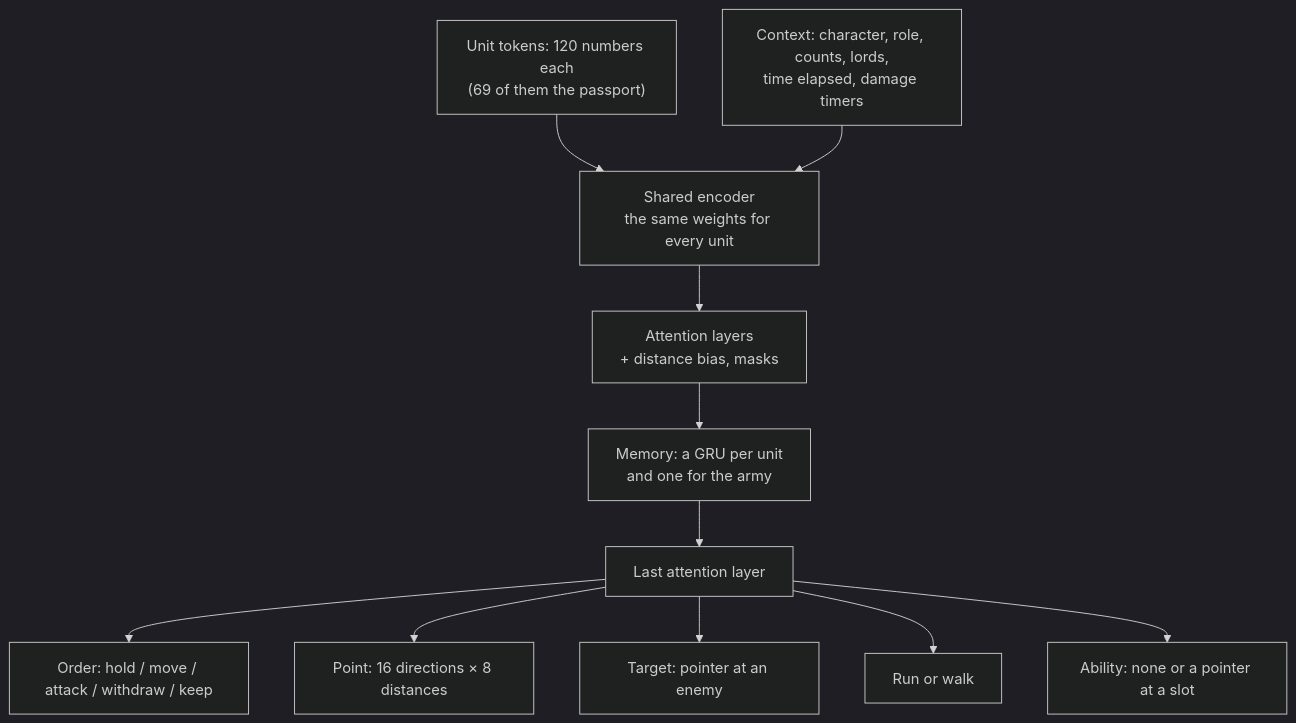
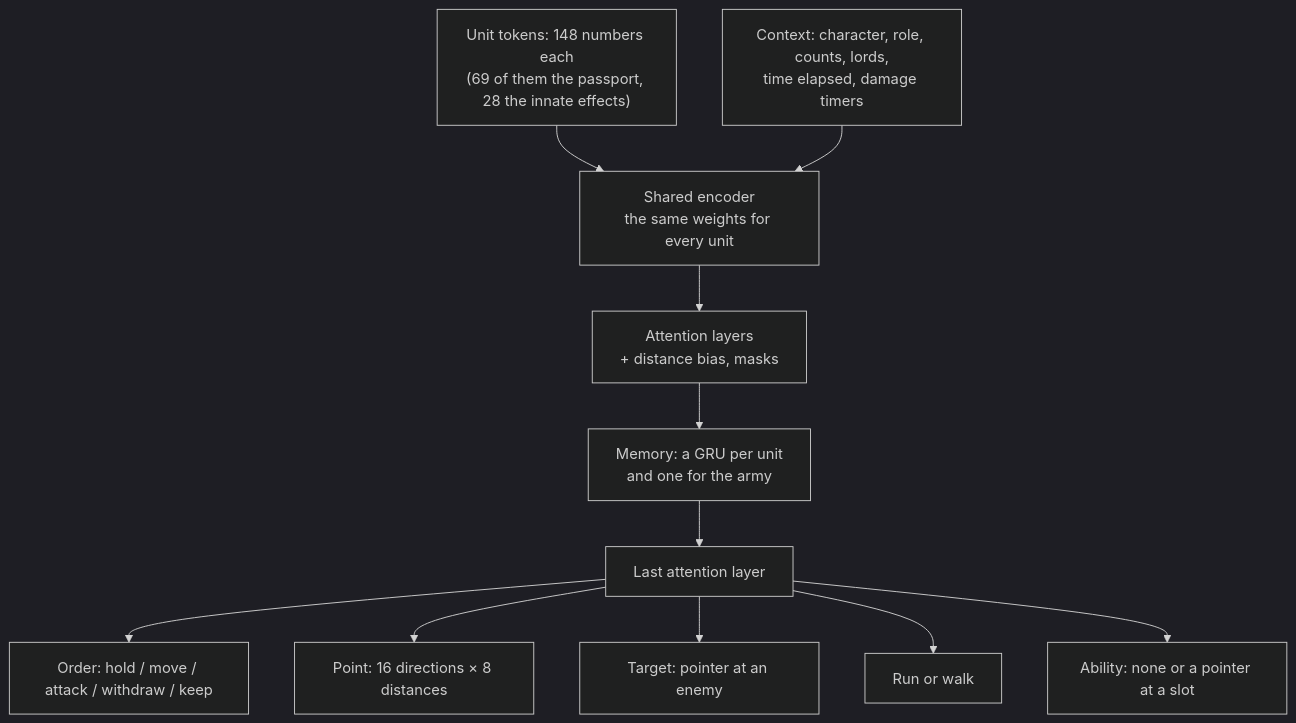
One commit to DimaZero7/TWW3-batle-ai changed the second of 2 diagrams in docs/en/training/model.md. Above: the diagram before and after it, drawn with Mermaid (dark theme). The commit also changed other lines of this file and 65 other files, not shown here.

First line of the commit message:
Cycle 3: innate effects system, Skaven slaves/shield clanrats/Night Runners, per-unit reward fix, rally and balance-of-power recording

````diff
--- a/docs/en/training/model.md
+++ b/docs/en/training/model.md
@@ -143,13 +162,13 @@
 ```mermaid
 flowchart TB
-  tok["Unit tokens: 120 numbers each<br/>(69 of them the passport)"] --> enc["Shared encoder<br/>the same weights for every unit"]
+  tok["Unit tokens: 148 numbers each<br/>(69 of them the passport, 28 the innate effects)"] --> enc["Shared encoder<br/>the same weights for every unit"]
   ctx["Context: character, role, counts, lords,<br/>time elapsed, damage timers"] --> enc
   enc --> att["Attention layers<br/>+ distance bias, masks"]
   att --> gru["Memory: a GRU per unit<br/>and one for the army"]
   gru --> last["Last attention layer"]
   last --> kind["Order: hold / move / attack / withdraw / keep"]
   last --> point["Point: 16 directions × 8 distances"]
   last --> ptr["Target: pointer at an enemy"]
   last --> run["Run or walk"]
   last --> abil["Ability: none or a pointer at a slot"]
 ```
````
